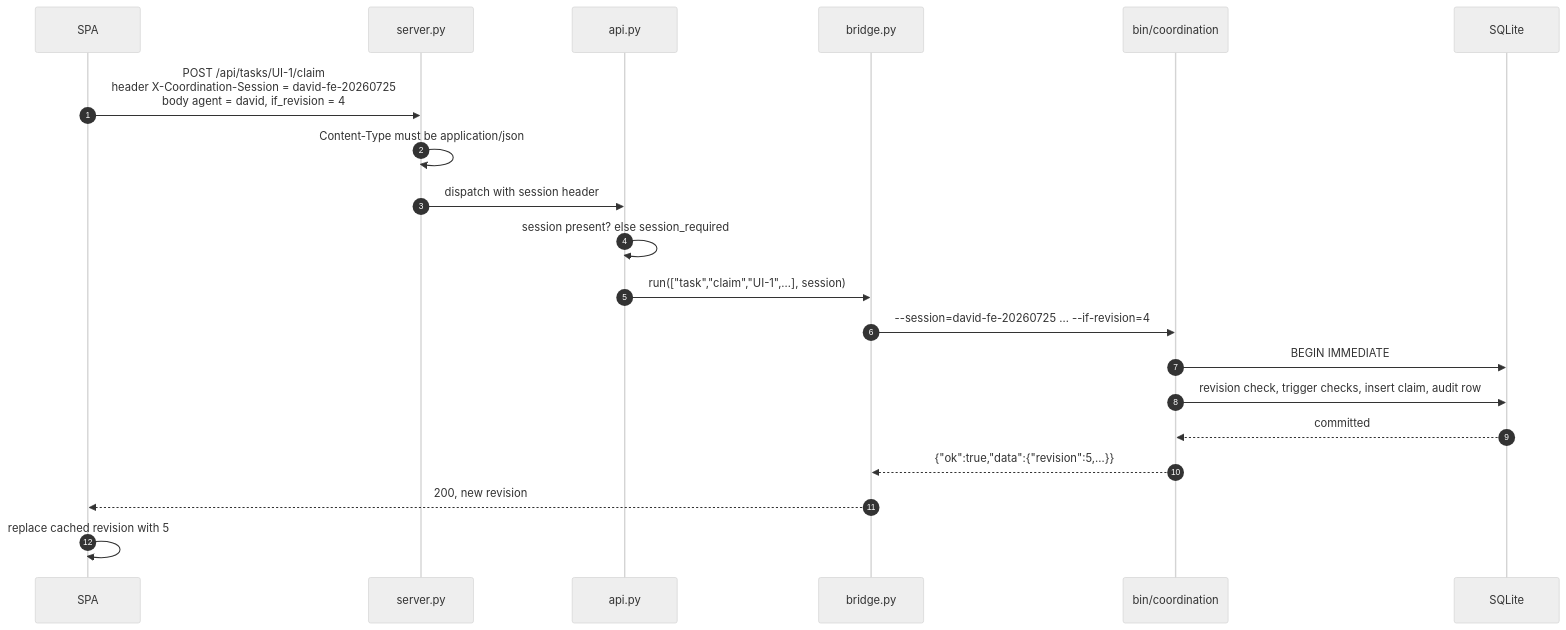
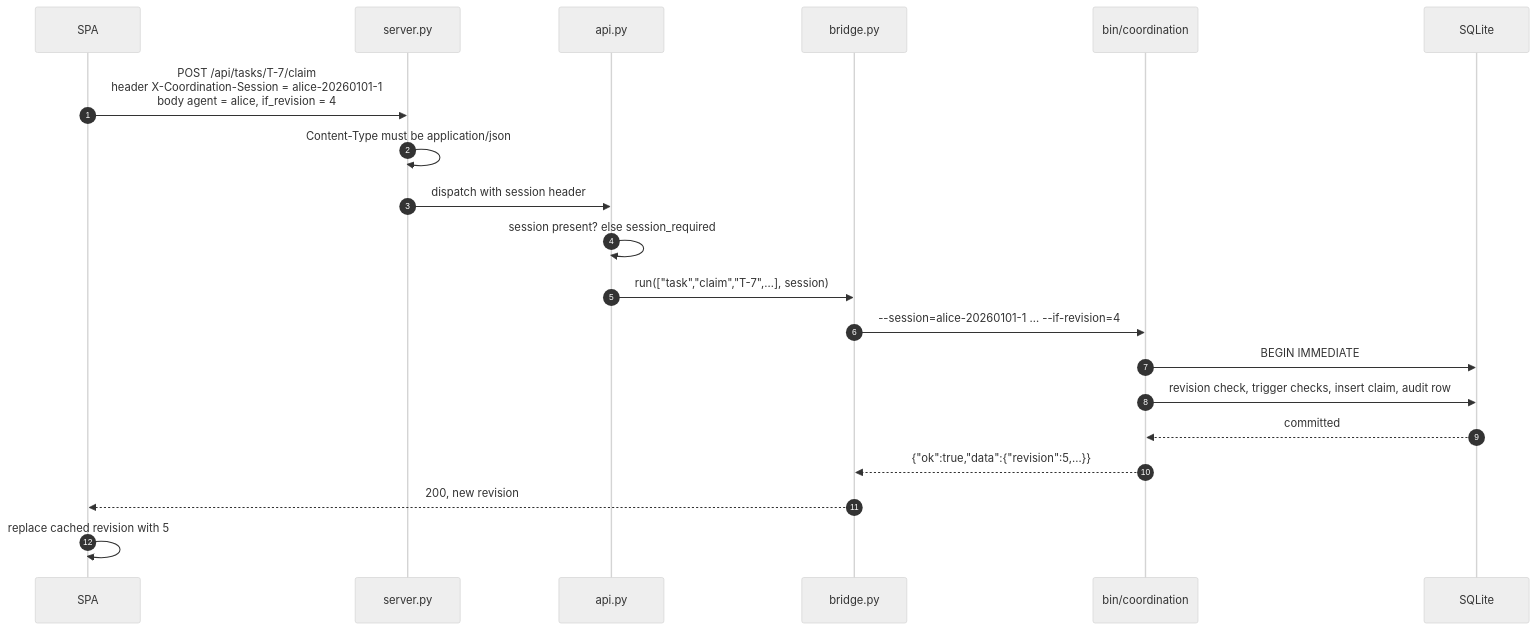
One commit to jnuez94/agentic-scaffold-project-task-tracker changed the sixth of 9 diagrams in docs/coordination-console-design.md. Above: the diagram before and after it, drawn with Mermaid (neutral theme). The commit also changed other lines of this file and 1 other file, not shown here.

````diff
--- a/docs/coordination-console-design.md
+++ b/docs/coordination-console-design.md
@@ -274,23 +257,23 @@
 ```mermaid
 sequenceDiagram
     autonumber
     participant SPA
     participant Server as server.py
     participant Api as api.py
     participant Bridge as bridge.py
     participant Cli as bin/coordination
     participant Db as SQLite
 
-    SPA->>Server: POST /api/tasks/UI-1/claim<br/>header X-Coordination-Session = david-fe-20260725<br/>body agent = david, if_revision = 4
+    SPA->>Server: POST /api/tasks/T-7/claim<br/>header X-Coordination-Session = alice-20260101-1<br/>body agent = alice, if_revision = 4
     Server->>Server: Content-Type must be application/json
     Server->>Api: dispatch with session header
     Api->>Api: session present? else session_required
-    Api->>Bridge: run(["task","claim","UI-1",…], session)
-    Bridge->>Cli: --session=david-fe-20260725 … --if-revision=4
+    Api->>Bridge: run(["task","claim","T-7",…], session)
+    Bridge->>Cli: --session=alice-20260101-1 … --if-revision=4
     Cli->>Db: BEGIN IMMEDIATE
     Cli->>Db: revision check, trigger checks, insert claim, audit row
     Db-->>Cli: committed
     Cli-->>Bridge: {"ok":true,"data":{"revision":5,…}}
     Bridge-->>SPA: 200, new revision
     SPA->>SPA: replace cached revision with 5
 ```
````
